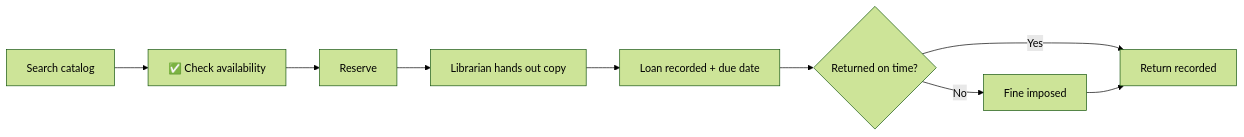
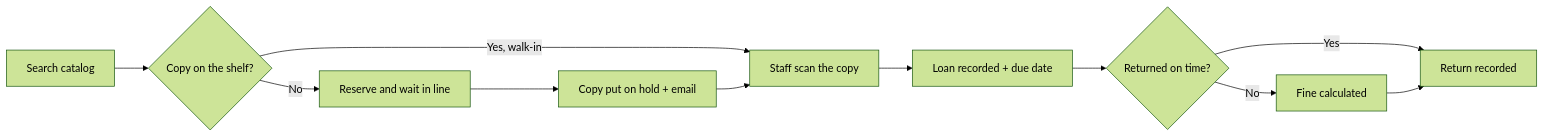
Before and after one commit to erionelezaj/LibrarySystem-SW-Design-Principles: the diagram in README.md, drawn with Mermaid (forest theme). The commit also changed other lines of this file and 2 other files, not shown here.

Commit message:
Final class diagram additions, regenerated diagram image, README sync

````diff
--- a/README.md
+++ b/README.md
@@ -136,11 +138,13 @@
 ```mermaid
 flowchart LR
-    A[ Search catalog] --> B[✅ Check availability]
-    B --> C[ Reserve]
-    C --> D[ Librarian hands out copy]
-    D --> E[ Loan recorded + due date]
+    A[Search catalog] --> B{Copy on the shelf?}
+    B -- Yes, walk-in --> D[Staff scan the copy]
+    B -- No --> C[Reserve and wait in line]
+    C --> H[Copy put on hold + email]
+    H --> D
+    D --> E[Loan recorded + due date]
     E --> F{Returned on time?}
-    F -- Yes --> G[ Return recorded]
-    F -- No --> H[ Fine imposed]
-    H --> G
+    F -- Yes --> G[Return recorded]
+    F -- No --> I[Fine calculated]
+    I --> G
 ```
````
